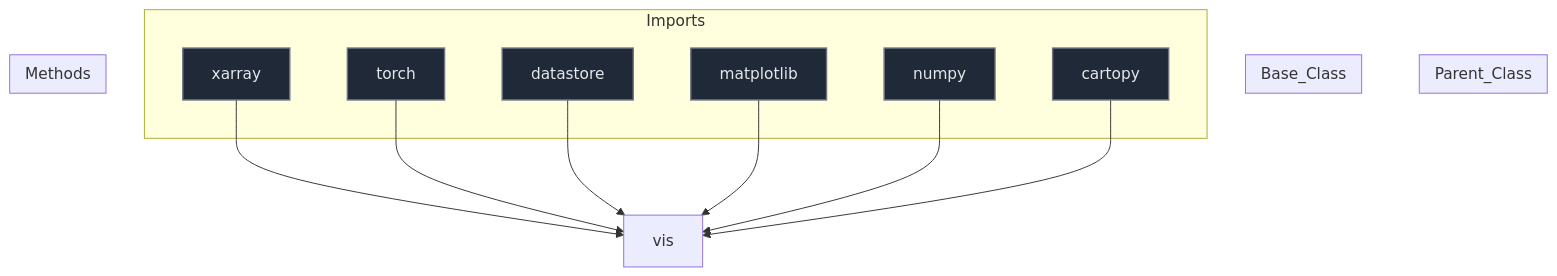
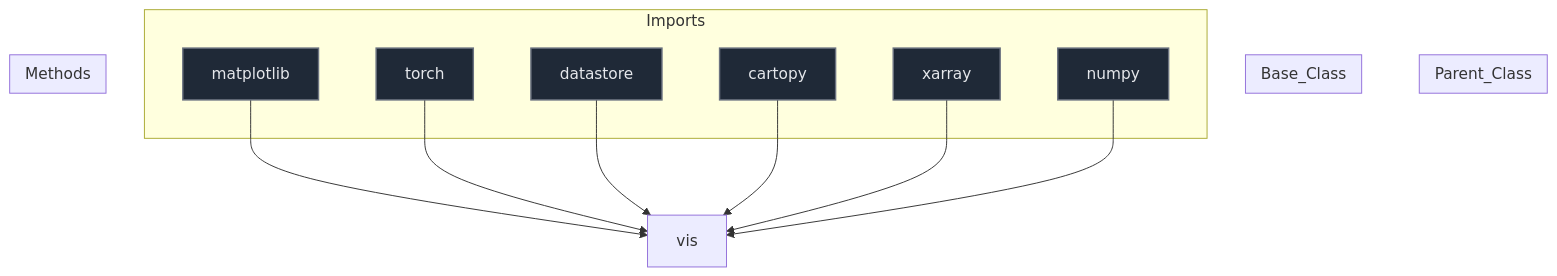
The diagram in docs/diagrams/vis_diagram.md (mllam/neural-lam), drawn with Mermaid before and after one commit. The commit also changed 19 other files, not shown here.

Commit message:
Auto-update Mermaid diagrams

````diff
--- a/docs/diagrams/vis_diagram.md
+++ b/docs/diagrams/vis_diagram.md
@@ -1,41 +1,41 @@
 ```mermaid
 %%{init: {'flowchart': {'nodeSpacing': 60, 'rankSpacing': 80}}}%%
 flowchart TD
 
 module["vis"]
 
 subgraph Parent_Class
 end
 
 subgraph Base_Class
 end
 
 
 subgraph Imports
-    xarray["xarray"]
+    matplotlib["matplotlib"]
     torch["torch"]
     datastore["datastore"]
-    matplotlib["matplotlib"]
+    cartopy["cartopy"]
+    xarray["xarray"]
     numpy["numpy"]
-    cartopy["cartopy"]
 end
 
-    xarray --> module
+    matplotlib --> module
     torch --> module
     datastore --> module
-    matplotlib --> module
+    cartopy --> module
+    xarray --> module
     numpy --> module
-    cartopy --> module
 
 subgraph Methods
 end
 
 
 classDef parent fill:#0f172a,stroke:#3b82f6,stroke-width:2px,color:#f1f5f9,font-size:16px
 classDef base fill:#78350f,stroke:#f59e0b,stroke-width:1px,color:#fde68a,font-size:16px
 classDef import fill:#1f2937,stroke:#6b7280,stroke-width:1.5px,color:#e5e7eb,font-size:16px
 classDef method fill:#2d043f,stroke:#7c3aed,stroke-width:1.5px,color:#ede9fe,font-size:16px
 classDef callNode fill:#064e3b,stroke:#10b981,stroke-width:1.5px,color:#d1fae5,font-size:16px
-class xarray,torch,datastore,matplotlib,numpy,cartopy import
+class matplotlib,torch,datastore,cartopy,xarray,numpy import
 
 ```
````
